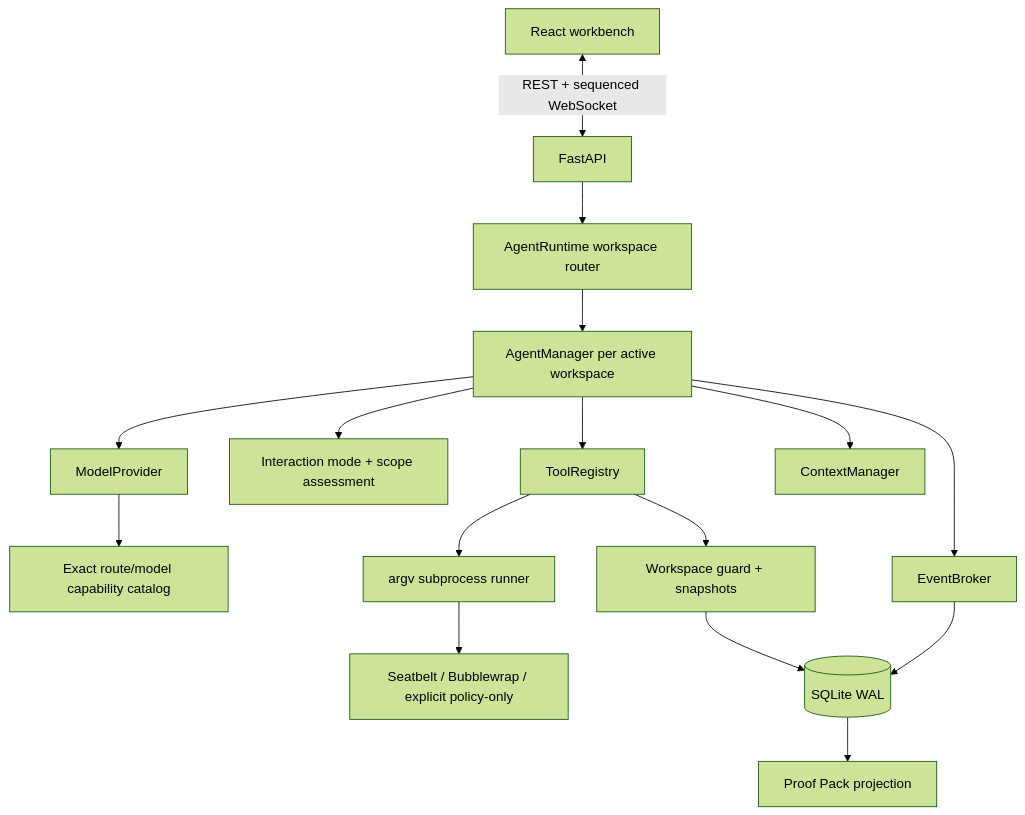
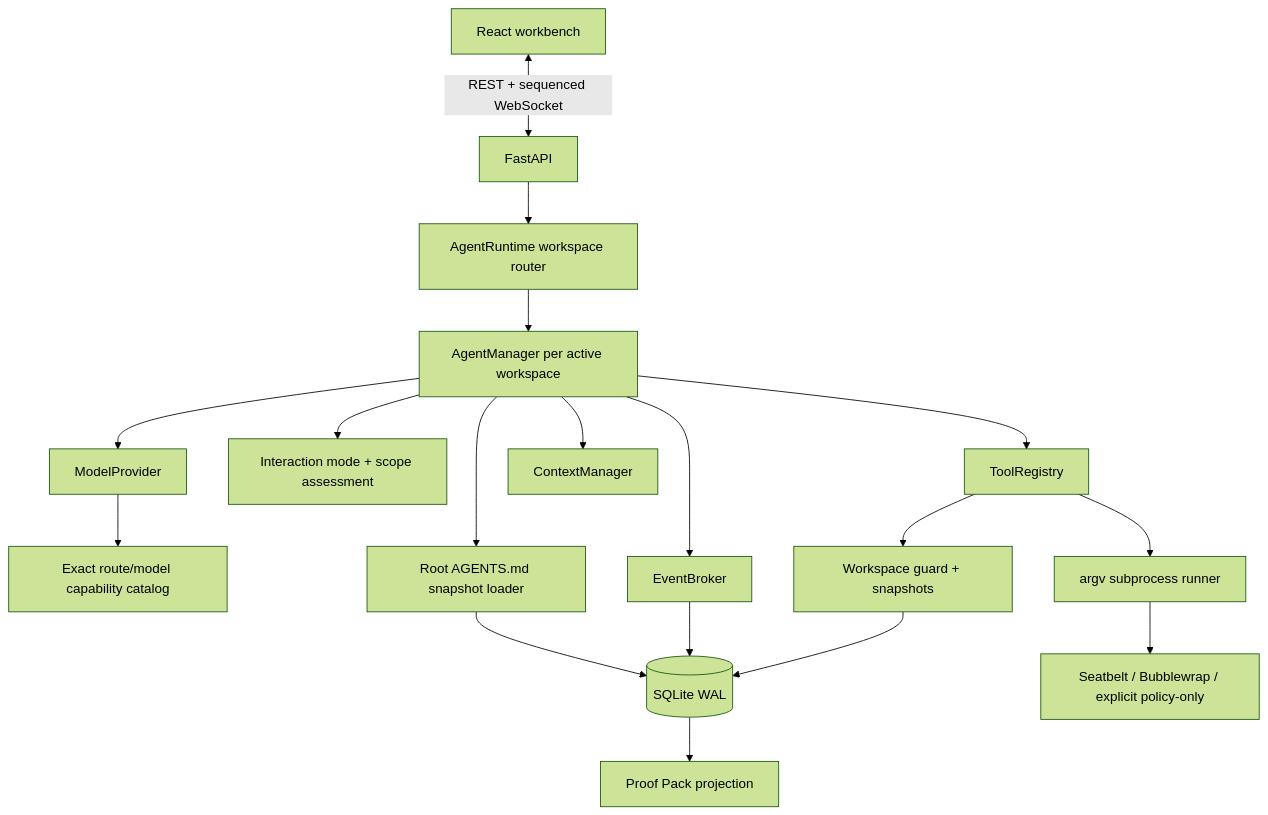
Before and after one commit to iamzwxyy/traceforge: the first of 2 diagrams in docs/architecture.md, drawn with Mermaid (forest theme). The commit also changed other lines of this file and 38 other files, not shown here.

````diff
--- a/docs/architecture.md
+++ b/docs/architecture.md
@@ -12,18 +12,20 @@
 ```mermaid
 flowchart TB
     UI[React workbench] <-->|REST + sequenced WebSocket| API[FastAPI]
     API --> Runtime[AgentRuntime workspace router]
     Runtime --> Manager[AgentManager per active workspace]
     Manager --> Provider[ModelProvider]
     Provider --> Capability[Exact route/model capability catalog]
     Manager --> Gate[Interaction mode + scope assessment]
     Manager --> Tools[ToolRegistry]
     Manager --> Context[ContextManager]
+    Manager --> Rules[Root AGENTS.md snapshot loader]
+    Rules --> DB
     Tools --> Guard[Workspace guard + snapshots]
     Tools --> Process[argv subprocess runner]
     Process --> Sandbox[Seatbelt / Bubblewrap / explicit policy-only]
     Manager --> Broker[EventBroker]
     Broker --> DB[(SQLite WAL)]
     Guard --> DB
     DB --> Proof[Proof Pack projection]
 ```
````
